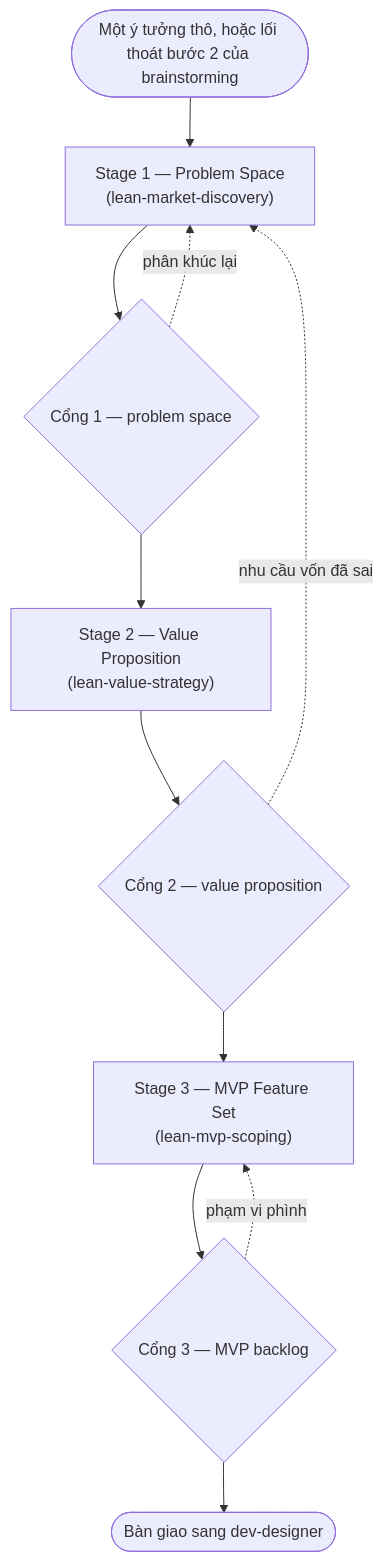
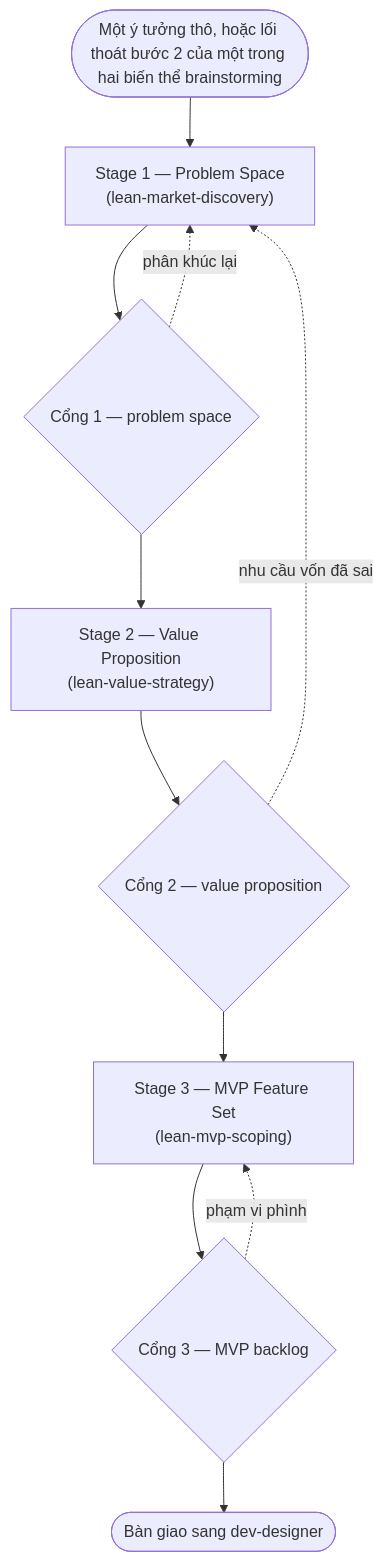
Before and after one commit to DanhDue/ai-agent-tools: the third of 4 diagrams in docs/lifecycles.vi.md, drawn with Mermaid. The commit also changed other lines of this file and 5 other files, not shown here.

````diff
--- a/docs/lifecycles.vi.md
+++ b/docs/lifecycles.vi.md
@@ -122,16 +128,16 @@
 ```mermaid
 flowchart TD
-    IN(["Một ý tưởng thô, hoặc lối thoát bước 2 của brainstorming"])
+    IN(["Một ý tưởng thô, hoặc lối thoát bước 2 của một trong hai biến thể brainstorming"])
     S1["Stage 1 — Problem Space<br/>(lean-market-discovery)"]
     G1{"Cổng 1 — problem space"}
     S2["Stage 2 — Value Proposition<br/>(lean-value-strategy)"]
     G2{"Cổng 2 — value proposition"}
     S3["Stage 3 — MVP Feature Set<br/>(lean-mvp-scoping)"]
     G3{"Cổng 3 — MVP backlog"}
     OUT(["Bàn giao sang dev-designer"])
 
     IN --> S1 --> G1 --> S2 --> G2 --> S3 --> G3 --> OUT
     G1 -.->|"phân khúc lại"| S1
     G2 -.->|"nhu cầu vốn đã sai"| S1
     G3 -.->|"phạm vi phình"| S3
 ```
````
